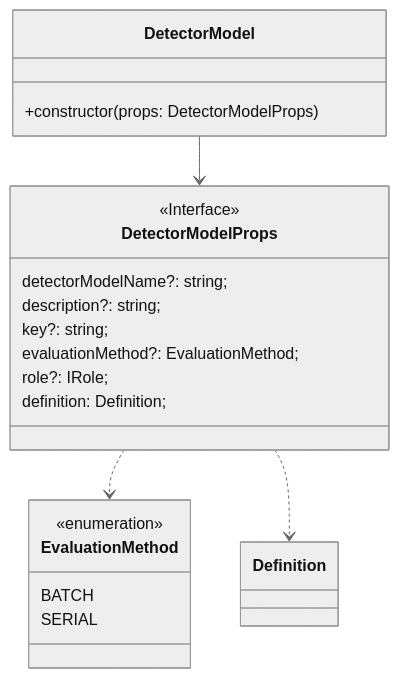
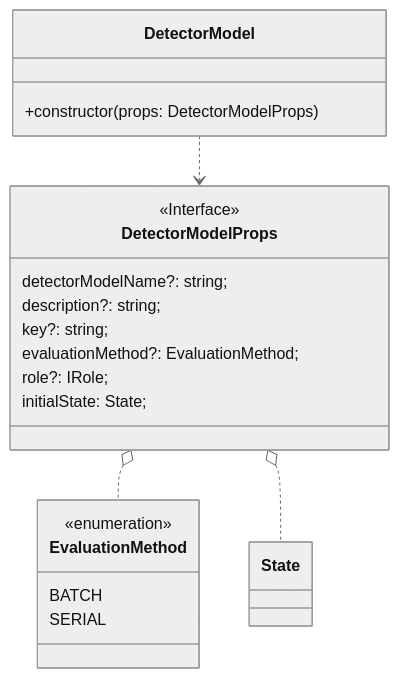
Before and after one commit to yamatatsu/zenn-contents: the second of 3 diagrams in articles/2021-11-25-aws-cdk-iotevents-l2.md, drawn with Mermaid (neutral theme). The commit also changed other lines of this file, not shown here.

````diff
--- a/articles/2021-11-25-aws-cdk-iotevents-l2.md
+++ b/articles/2021-11-25-aws-cdk-iotevents-l2.md
@@ -32,29 +32,29 @@
 ```mermaid
 classDiagram
-  DetectorModel --> DetectorModelProps
-  DetectorModelProps ..> EvaluationMethod
-  DetectorModelProps ..> Definition
+  DetectorModel ..> DetectorModelProps
+  DetectorModelProps o.. EvaluationMethod
+  DetectorModelProps o.. State
 
   class DetectorModel {
     +constructor(props: DetectorModelProps)
   }
   class DetectorModelProps {
     detectorModelName?: string;
     description?: string;
     key?: string;
     evaluationMethod?: EvaluationMethod;
     role?: IRole;
-    definition: Definition;
+    initialState: State;
   }
   <<Interface>> DetectorModelProps
 
-  class Definition {
+  class State {
   }
 
   class EvaluationMethod{
     BATCH
     SERIAL
   }
   <<enumeration>> EvaluationMethod
 
 ```
````
